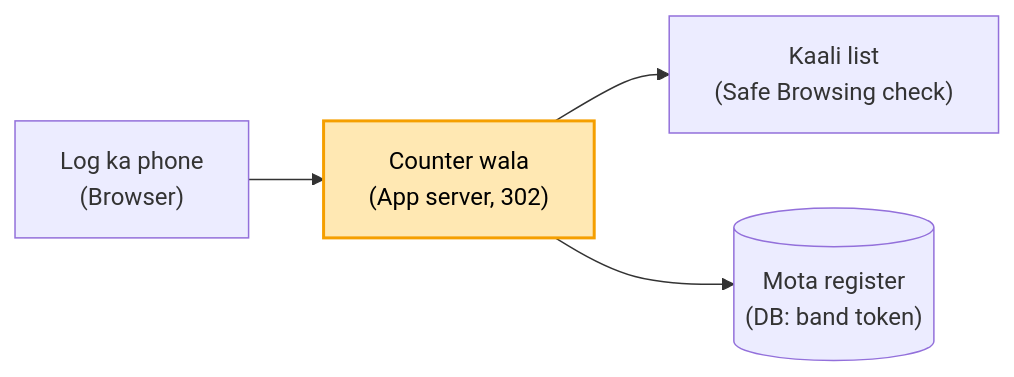
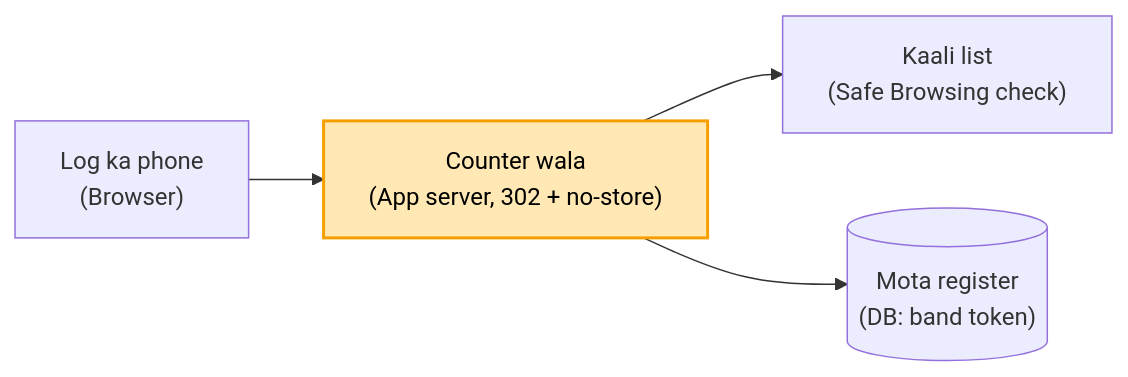
The tenth of 11 diagrams in 04_HLD/SYSTEM_DESIGNS/01_url_shortener/01_url_shortener.md (ArpanMaheshwari144/Prep), drawn with Mermaid before and after one commit. The commit also changed 5 other files, not shown here.

Commit message:
HLD milaan: Docs vaada kadam 5 se mila, Chat purani '979 ke baad' line hati; diagram: Notification + File upload me vasiyat (outbox) + relay, Cache me 1 kaato 2 likho, URL 302 + no-store

````diff
--- a/04_HLD/SYSTEM_DESIGNS/01_url_shortener/01_url_shortener.md
+++ b/04_HLD/SYSTEM_DESIGNS/01_url_shortener/01_url_shortener.md
@@ -239,7 +239,7 @@
 ```mermaid
 flowchart LR
-    U["Log ka phone<br/>(Browser)"] --> C["Counter wala<br/>(App server, 302)"]
+    U["Log ka phone<br/>(Browser)"] --> C["Counter wala<br/>(App server, 302 + no-store)"]
     C --> K["Kaali list<br/>(Safe Browsing check)"]
     C --> D[("Mota register<br/>(DB: band token)")]
     style C fill:#ffe8b3,stroke:#f59f00,stroke-width:2px,color:#000
 ```
````
